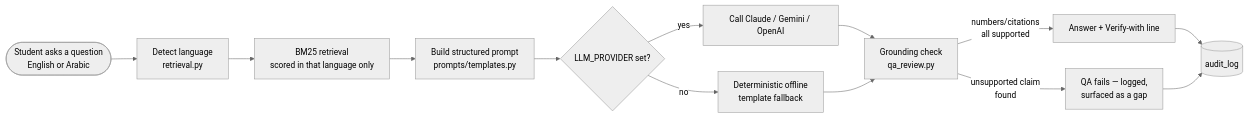
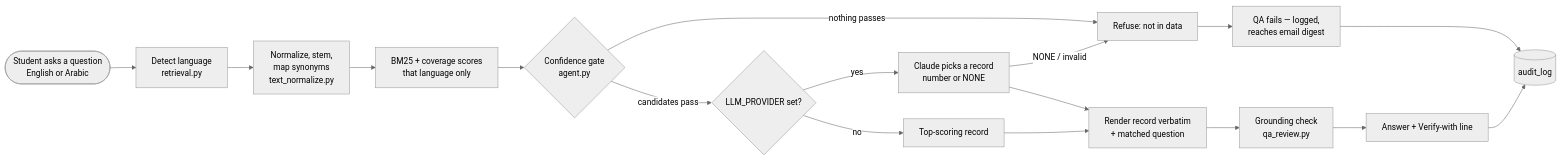
The first of 2 diagrams in README.md (Safa-Alshukaili/academic-process-copilot), drawn with Mermaid (neutral theme) before and after one commit. The commit also changed other lines of this file and 18 other files, not shown here.

Commit message:
Question understanding, confidence gate, verbatim answers, evaluation

````diff
--- a/README.md
+++ b/README.md
@@ -137,15 +142,19 @@
 ```mermaid
 flowchart LR
     Student([Student asks a question<br/>English or Arabic]) --> Detect[Detect language<br/>retrieval.py]
-    Detect --> Retrieve[BM25 retrieval<br/>scored in that language only]
-    Retrieve --> Prompt[Build structured prompt<br/>prompts/templates.py]
-    Prompt --> LLM{LLM_PROVIDER set?}
-    LLM -->|yes| RealLLM[Call Claude / Gemini / OpenAI]
-    LLM -->|no| Offline[Deterministic offline<br/>template fallback]
-    RealLLM --> Ground[Grounding check<br/>qa_review.py]
-    Offline --> Ground
-    Ground -->|numbers/citations<br/>all supported| Pass[Answer + Verify-with line]
-    Ground -->|unsupported claim<br/>found| Fail[QA fails — logged,<br/>surfaced as a gap]
+    Detect --> Norm[Normalize, stem,<br/>map synonyms<br/>text_normalize.py]
+    Norm --> Retrieve[BM25 + coverage scores<br/>that language only]
+    Retrieve --> Gate{Confidence gate<br/>agent.py}
+    Gate -->|nothing passes| Refuse[Refuse: not in data]
+    Gate -->|candidates pass| LLM{LLM_PROVIDER set?}
+    LLM -->|yes| Select[Claude picks a record<br/>number or NONE]
+    LLM -->|no| Top[Top-scoring record]
+    Select -->|NONE / invalid| Refuse
+    Select --> Render
+    Top --> Render[Render record verbatim<br/>+ matched question]
+    Render --> Ground[Grounding check<br/>qa_review.py]
+    Ground --> Pass[Answer + Verify-with line]
+    Refuse --> Gap[QA fails — logged,<br/>reaches email digest]
     Pass --> Audit[(audit_log)]
-    Fail --> Audit
+    Gap --> Audit
 ```
````
